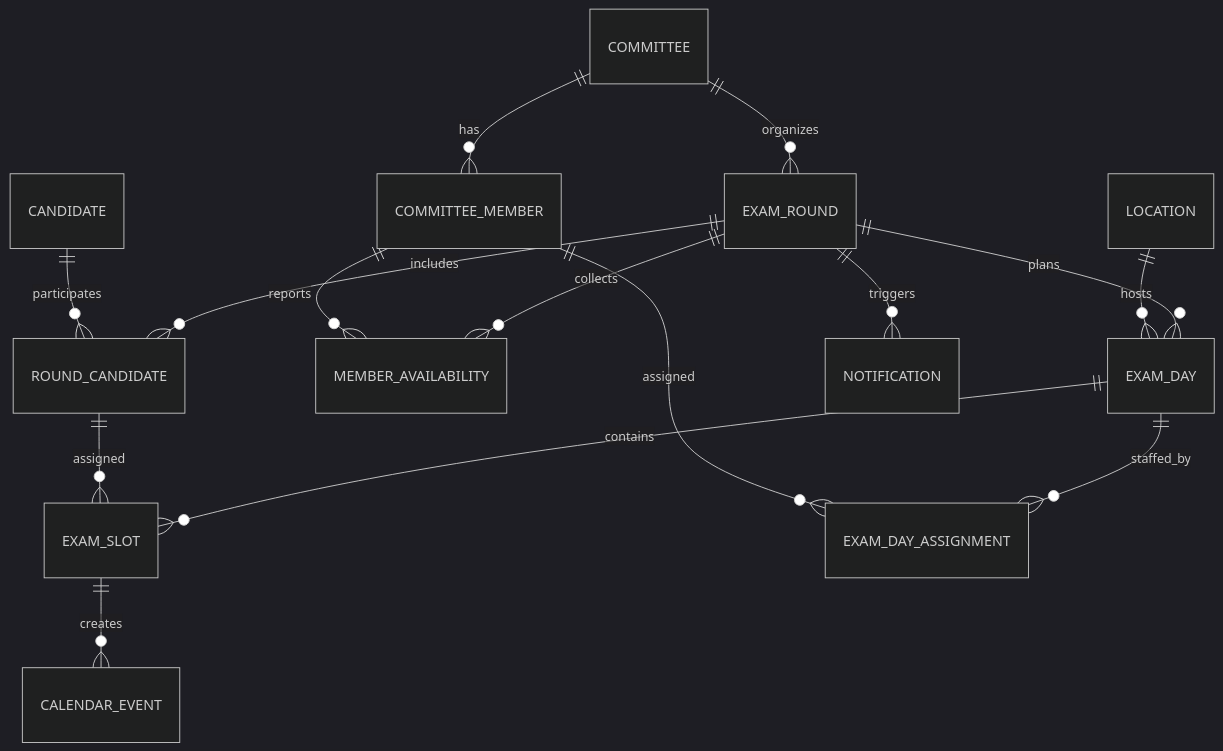
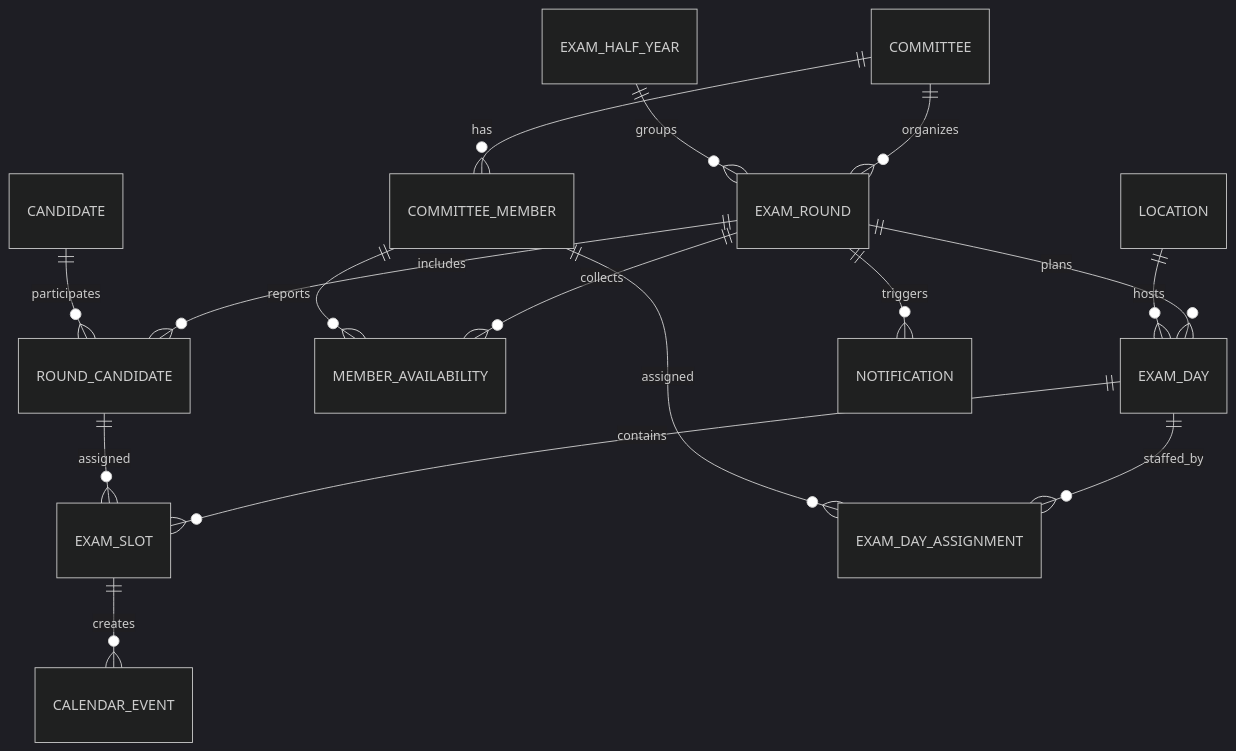
One commit to lxndrp/lzug changed the diagram in docs/datenmodell.md. Above: the diagram before and after it, drawn with Mermaid (dark theme). The commit also changed other lines of this file and 25 other files, not shown here.

Commit message:
Add exam half years and committee rounds

````diff
--- a/docs/datenmodell.md
+++ b/docs/datenmodell.md
@@ -27,17 +27,18 @@
 ```mermaid
 erDiagram
   COMMITTEE ||--o{ COMMITTEE_MEMBER : has
   COMMITTEE ||--o{ EXAM_ROUND : organizes
+  EXAM_HALF_YEAR ||--o{ EXAM_ROUND : groups
   EXAM_ROUND ||--o{ ROUND_CANDIDATE : includes
   CANDIDATE ||--o{ ROUND_CANDIDATE : participates
   EXAM_ROUND ||--o{ MEMBER_AVAILABILITY : collects
   COMMITTEE_MEMBER ||--o{ MEMBER_AVAILABILITY : reports
   EXAM_ROUND ||--o{ EXAM_DAY : plans
   LOCATION ||--o{ EXAM_DAY : hosts
   EXAM_DAY ||--o{ EXAM_SLOT : contains
   ROUND_CANDIDATE ||--o{ EXAM_SLOT : assigned
   EXAM_DAY ||--o{ EXAM_DAY_ASSIGNMENT : staffed_by
   COMMITTEE_MEMBER ||--o{ EXAM_DAY_ASSIGNMENT : assigned
   EXAM_ROUND ||--o{ NOTIFICATION : triggers
   EXAM_SLOT ||--o{ CALENDAR_EVENT : creates
 ```
````
